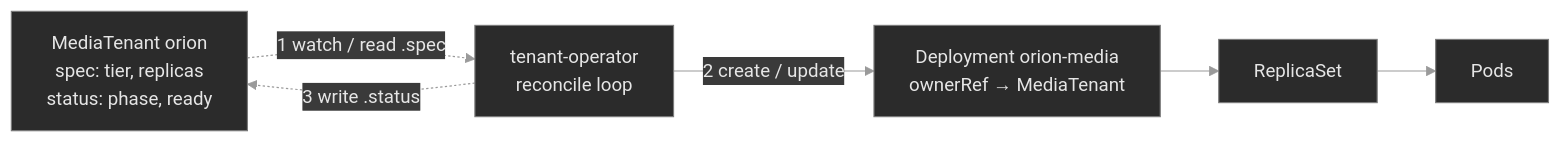
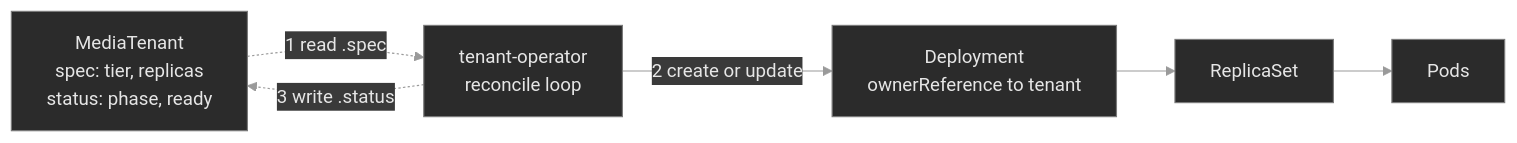
One commit to debozkurt/killercoda-k8s changed the diagram in m08-crds-operators/LESSON.md. Above: the diagram before and after it, drawn with Mermaid. The commit also changed other lines of this file and 61 other files, not shown here.

````diff
--- a/m08-crds-operators/LESSON.md
+++ b/m08-crds-operators/LESSON.md
@@ -56,18 +57,18 @@
 ```mermaid
 %%{init: {'theme':'base', 'themeVariables': {
   'primaryColor':'#2b2b2b', 'primaryTextColor':'#e6e6e6',
   'primaryBorderColor':'#7a7a7a', 'lineColor':'#9a9a9a',
   'secondaryColor':'#3a3a3a', 'tertiaryColor':'#1f1f1f',
   'background':'#0f0f0f'
 }}}%%
 flowchart LR
-    CR["MediaTenant orion<br/>spec: tier, replicas<br/>status: phase, ready"]
+    CR["MediaTenant<br/>spec: tier, replicas<br/>status: phase, ready"]
     OP["tenant-operator<br/>reconcile loop"]
-    DEP["Deployment orion-media<br/>ownerRef → MediaTenant"]
+    DEP["Deployment<br/>ownerReference to tenant"]
     RS["ReplicaSet"]
     POD["Pods"]
-    CR -. "1 watch / read .spec" .-> OP
-    OP -- "2 create / update" --> DEP
+    CR -. "1 read .spec" .-> OP
+    OP -- "2 create or update" --> DEP
     OP -. "3 write .status" .-> CR
     DEP --> RS --> POD
 ```
````
